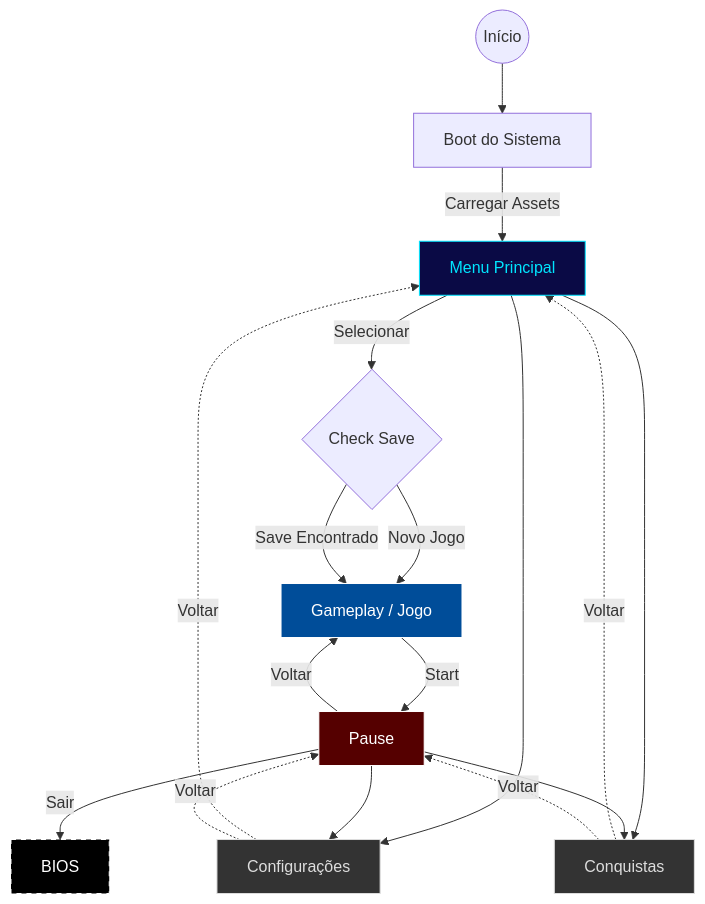
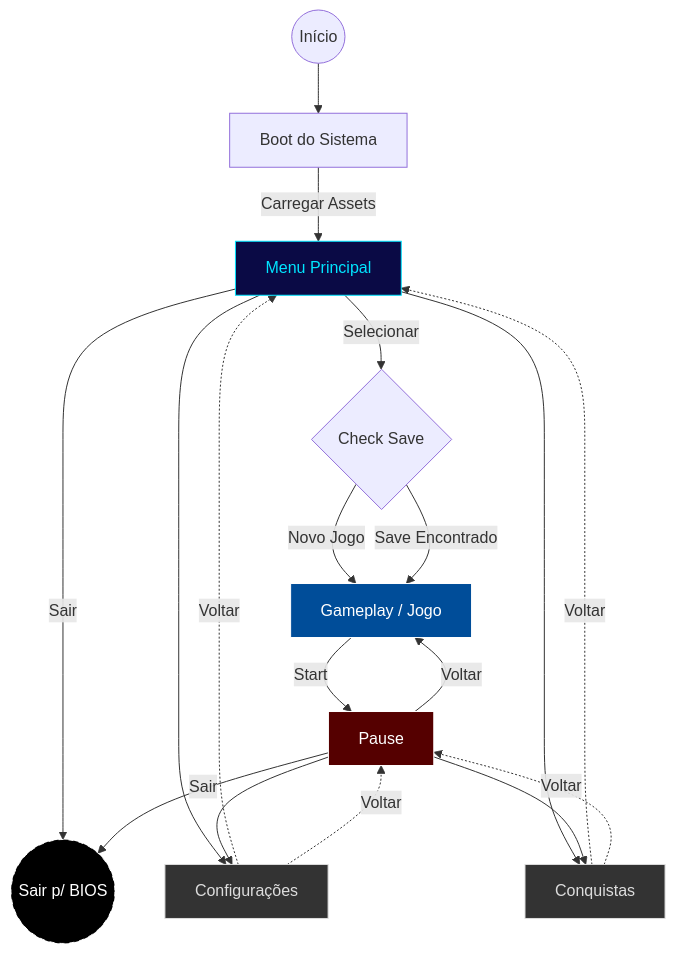
The first of 3 diagrams in docs/fluxo_dados.md (PedroQuimelo/Krone_PS2), drawn with Mermaid before and after one commit.

````diff
--- a/docs/fluxo_dados.md
+++ b/docs/fluxo_dados.md
@@ -61,41 +61,42 @@
 ```mermaid
 graph TD
     %% Nós Principais
     Start((Início)) --> Boot[Boot do Sistema]
     Boot -->|Carregar Assets| Menu[Menu Principal]
     
     %% --- FLUXO DO MENU COM INTERMEDIÁRIO ---
     Menu -->|Selecionar| Check{Check Save}
     Check -->|Novo Jogo| Jogo[Gameplay / Jogo]
     Check -->|Save Encontrado| Jogo
+    Menu -->|Sair| BIOS((Sair p/ BIOS))
     
     %% Acesso a Telas Auxiliares (Pelo Menu)
     Menu --> Config[Configurações]
     Menu --> Trophies[Conquistas]
 
     %% --- FLUXO DO PAUSE ---
     Jogo -->|Start| Pause[Pause]
     Pause -->|Voltar| Jogo
     Pause -->|Sair| BIOS
     
     %% Acesso a Telas Auxiliares (Pelo Pause)
     Pause --> Config
     Pause --> Trophies
     
     %% Voltar (Implícito para não poluir, ou use linhas pontilhadas)
     Config -.->|Voltar| Menu & Pause
     Trophies -.->|Voltar| Menu & Pause
 
     %% --- ESTILIZAÇÃO ---
     %% Fluxo Principal (Azul/PS2)
     style Menu fill:#0a0a45,color:#00e5ff,stroke:#00e5ff
     style Jogo fill:#004d99,color:#fff,stroke:#fff
     style Pause fill:#550000,color:#fff,stroke:#fff
     
     %% Terminal (Preto)
     style BIOS fill:#000,color:#fff,stroke:#fff,stroke-dasharray: 5 5
     
     %% Telas Auxiliares (Cinza - Secundárias)
     style Config fill:#333,color:#ddd,stroke:#ddd
     style Trophies fill:#333,color:#ddd,stroke:#ddd
 ```
````
